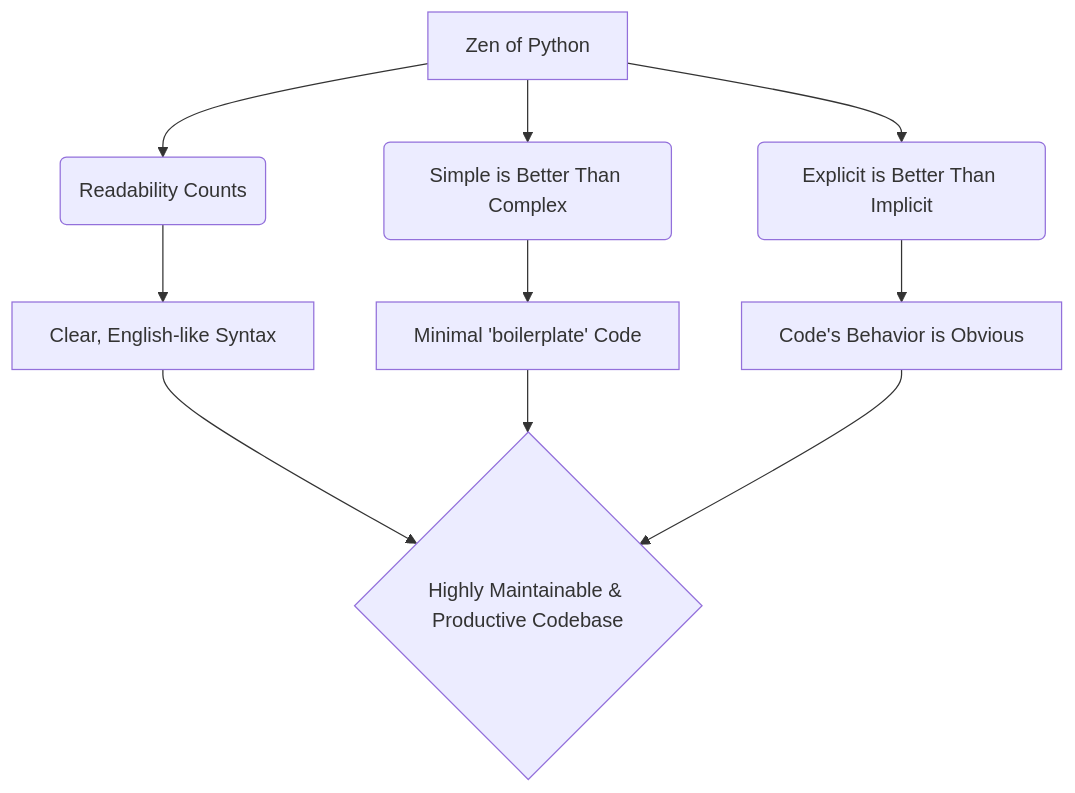
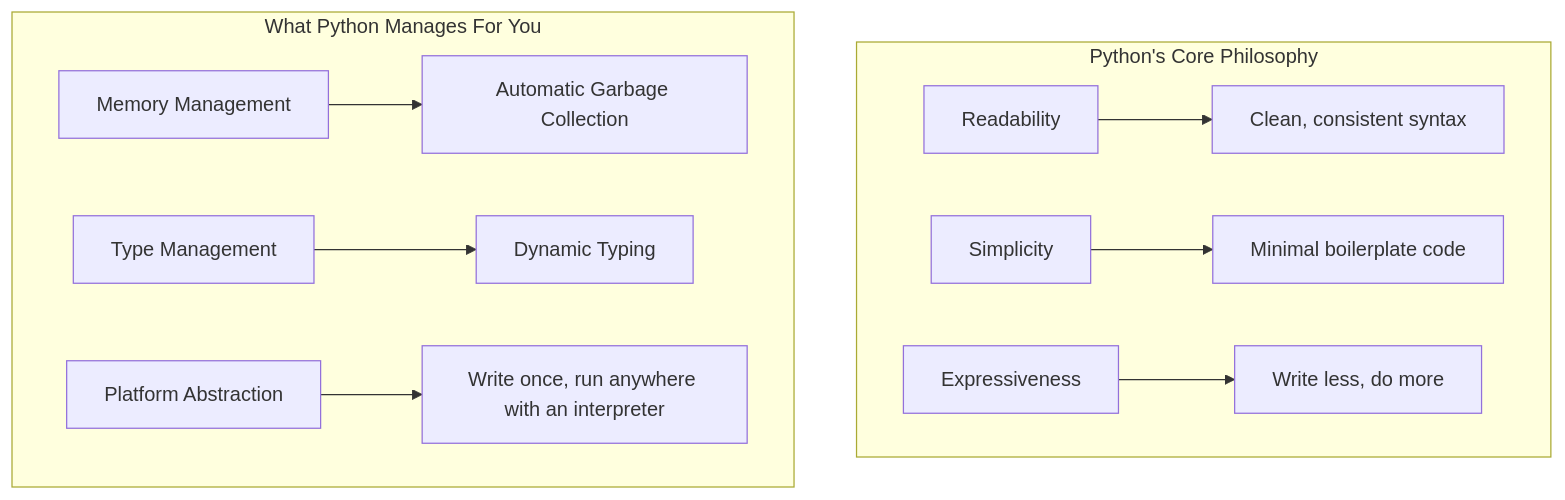
One commit to mehdihadeli/learn-python changed the first of 21 diagrams in README.md. Above: the diagram before and after it, drawn with Mermaid. The commit also changed other lines of this file, not shown here.

````diff
--- a/README.md
+++ b/README.md
@@ -295,10 +269,13 @@
 ```mermaid
 graph TD
-    A[Zen of Python] --> B(Readability Counts);
-    A --> C(Simple is Better Than Complex);
-    A --> D(Explicit is Better Than Implicit);
-    B --> E[ Clear, English-like Syntax];
-    C --> F[ Minimal 'boilerplate' Code];
-    D --> G[ Code's Behavior is Obvious];
-    E & F & G --> H{Highly Maintainable & Productive Codebase};
+    subgraph "Python's Core Philosophy"
+        A[Readability] --> D[Clean, consistent syntax];
+        B[Simplicity] --> E[Minimal boilerplate code];
+        C[Expressiveness] --> F[Write less, do more];
+    end
+    subgraph "What Python Manages For You"
+        G[Memory Management] --> J[Automatic Garbage Collection];
+        H[Type Management] --> K[Dynamic Typing];
+        I[Platform Abstraction] --> L[Write once, run anywhere with an interpreter];
+    end
 ```
````
